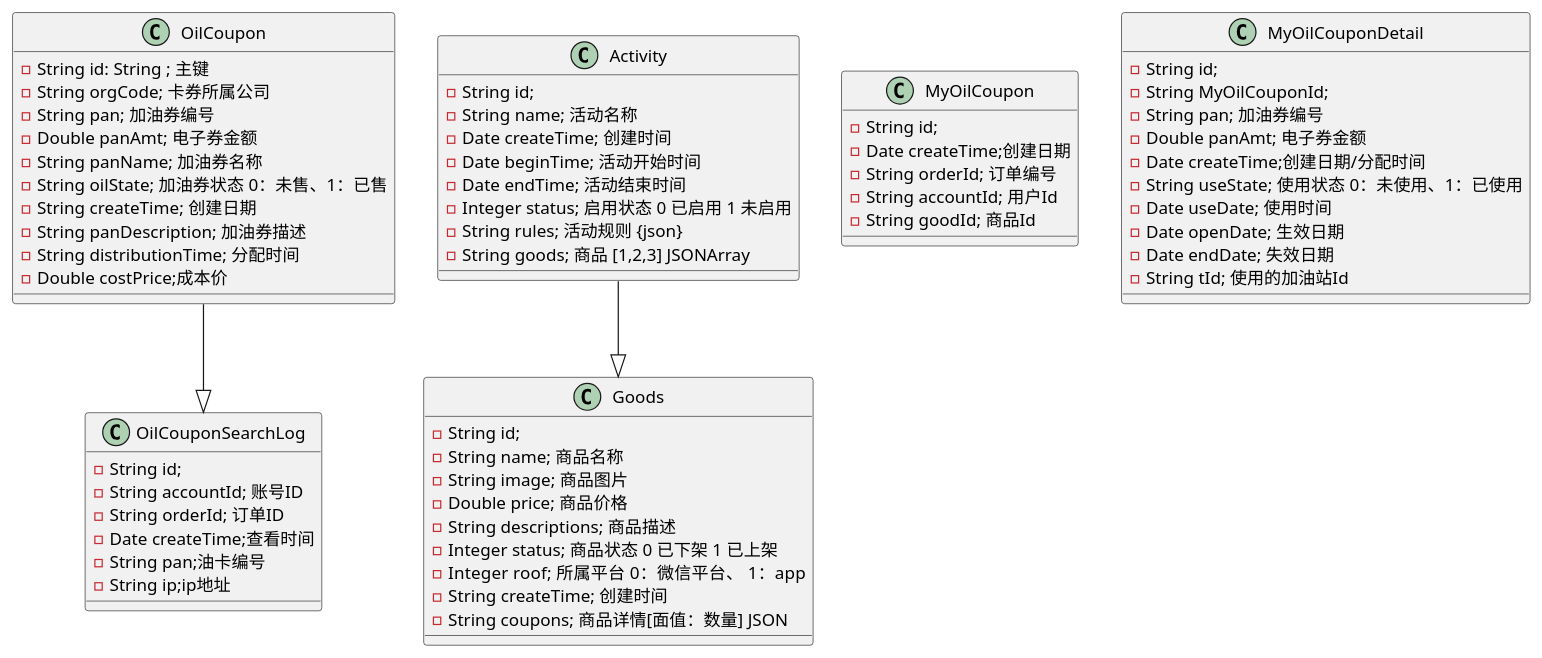
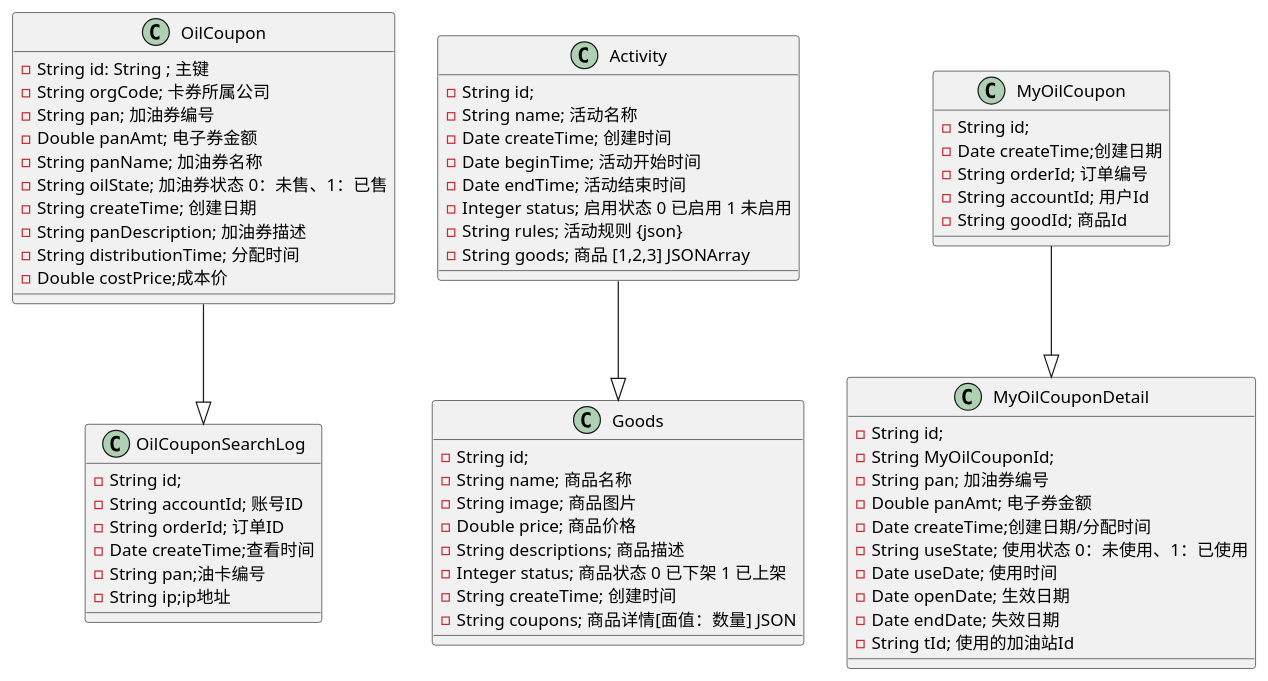
The diagram in doc/shop.puml (zhongliudizhu/api-platform), drawn with PlantUML before and after one commit. The commit also changed 183 other files, not shown here.

```diff
--- a/doc/shop.puml
+++ b/doc/shop.puml
@@ -1,70 +1,69 @@
 @startuml
 
 class OilCoupon{
    - String id: String ; 主键
    - String orgCode; 卡券所属公司
    - String pan; 加油券编号
    - Double panAmt; 电子券金额
    - String panName; 加油券名称
    - String oilState; 加油券状态 0：未售、1：已售
    - String createTime; 创建日期
    - String panDescription; 加油券描述
    - String distributionTime; 分配时间
    - Double costPrice;成本价
 }
 
 class OilCouponSearchLog {
    - String id;
    - String accountId; 账号ID
    - String orderId; 订单ID
    - Date createTime;查看时间
    - String pan;油卡编号
    - String ip;ip地址
 }
 class Goods {
    - String id;
    - String name; 商品名称
    - String image; 商品图片
    - Double price; 商品价格
    - String descriptions; 商品描述
    - Integer status; 商品状态 0 已下架 1 已上架
-   - Integer roof; 所属平台  0：微信平台、 1：app
    - String createTime; 创建时间
    - String coupons; 商品详情[面值：数量] JSON
 }
 
 class Activity {
    - String id;
    - String name; 活动名称
    - Date createTime; 创建时间
    - Date beginTime; 活动开始时间
    - Date endTime; 活动结束时间
    - Integer status; 启用状态 0 已启用 1 未启用
    - String rules; 活动规则 {json}
    - String goods; 商品 [1,2,3] JSONArray
 }
 class MyOilCoupon {
    - String id;
    - Date createTime;创建日期
    - String orderId; 订单编号
    - String accountId; 用户Id
    - String goodId; 商品Id
 }
 class MyOilCouponDetail {
    - String id;
    - String MyOilCouponId;
    - String pan; 加油券编号
    - Double panAmt; 电子券金额
    - Date createTime;创建日期/分配时间
    - String useState; 使用状态 0：未使用、1：已使用
    - Date useDate; 使用时间
    - Date openDate; 生效日期
    - Date endDate; 失效日期
    - String tId; 使用的加油站Id
 }
 
 
 Activity  --|>Goods
 OilCoupon --|>OilCouponSearchLog
-
+MyOilCoupon --|>MyOilCouponDetail
 @enduml
```
